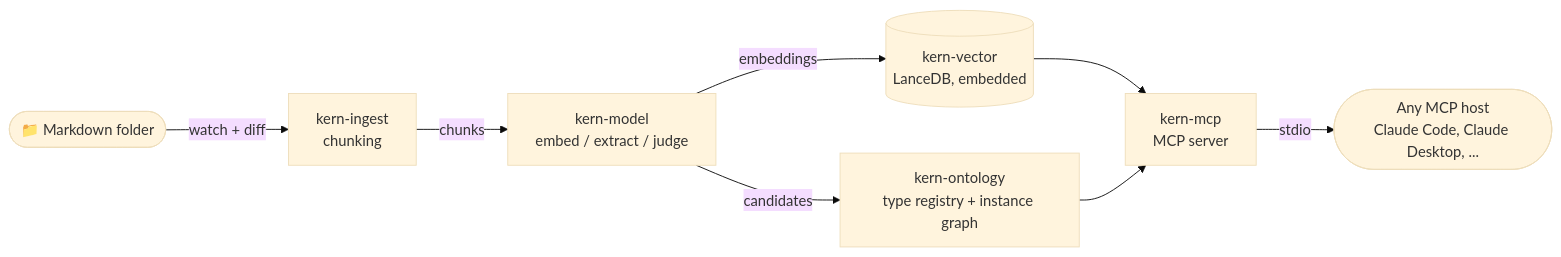
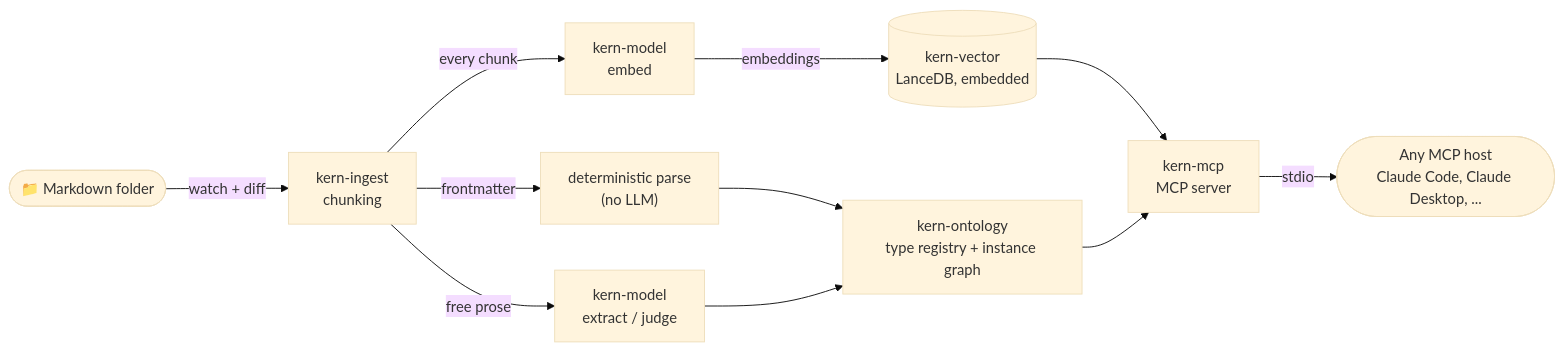
One commit to rafaelnicolett/kern changed the diagram in README.md. Above: the diagram before and after it, drawn with Mermaid (base theme). The commit also changed other lines of this file and 13 other files, not shown here.

First line of the commit message:
Wire deterministic frontmatter extraction, fix real bugs found verifying it

````diff
--- a/README.md
+++ b/README.md
@@ -47,10 +55,13 @@
 ```mermaid
 flowchart LR
     MD(["📁 Markdown folder"]) -- watch + diff --> ING["kern-ingest<br/>chunking"]
-    ING -- chunks --> MODEL["kern-model<br/>embed / extract / judge"]
-    MODEL -- embeddings --> VEC[("kern-vector<br/>LanceDB, embedded")]
-    MODEL -- candidates --> ONT["kern-ontology<br/>type registry + instance graph"]
+    ING -- frontmatter --> FM["deterministic parse<br/>(no LLM)"]
+    ING -- free prose --> LLM["kern-model<br/>extract / judge"]
+    ING -- every chunk --> EMB["kern-model<br/>embed"]
+    EMB -- embeddings --> VEC[("kern-vector<br/>LanceDB, embedded")]
+    FM --> ONT["kern-ontology<br/>type registry + instance graph"]
+    LLM --> ONT
     VEC --> MCP["kern-mcp<br/>MCP server"]
     ONT --> MCP
     MCP -- stdio --> AGENT(["Any MCP host<br/>Claude Code, Claude Desktop, ..."])
 ```
````
